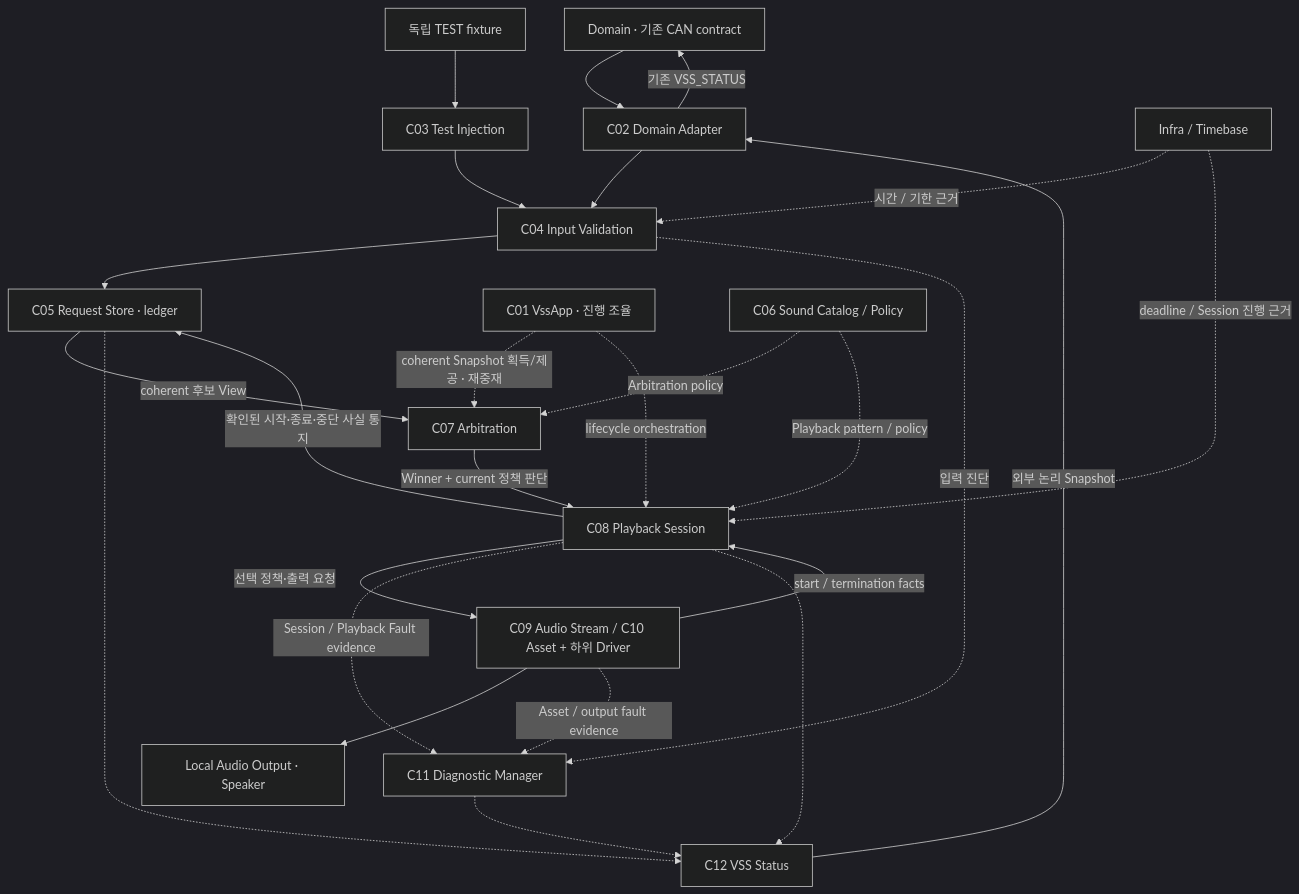
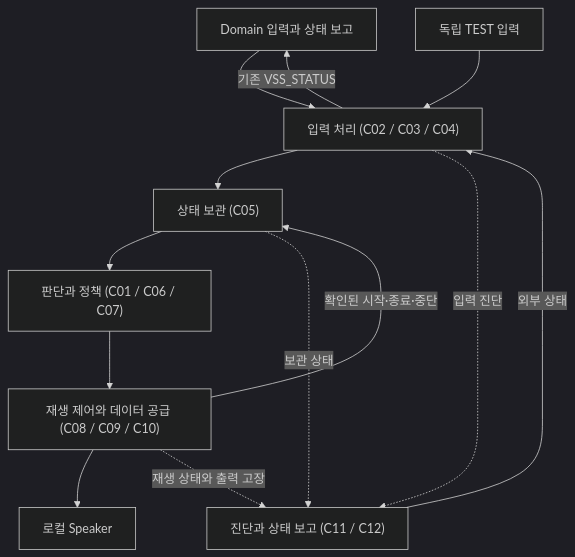
Before and after one commit to vehicle-domain-control-system/integrated-vehicle-control: the first of 7 diagrams in docs/architecture/VSS_sw_architecture.md, drawn with Mermaid (dark theme). The commit also changed other lines of this file and 1 other file, not shown here.

Commit message:
docs(VSS): VSS SW 전체 구조 및 책임 경계 설계

````diff
--- a/docs/architecture/VSS_sw_architecture.md
+++ b/docs/architecture/VSS_sw_architecture.md
@@ -65,28 +42,15 @@
 ```mermaid
 flowchart TD
-    Domain["Domain · 기존 CAN contract"] --> C02["C02 Domain Adapter"]
-    Test["독립 TEST fixture"] --> C03["C03 Test Injection"]
-    C02 --> C04["C04 Input Validation"]
-    C03 --> C04
-    C04 --> C05["C05 Request Store · ledger"]
-    C05 -->|"coherent 후보 View"| C07["C07 Arbitration"]
-    C07 -->|"Winner + current 정책 판단"| C08["C08 Playback Session"]
-    C08 -->|"선택 정책·출력 요청"| Backend["C09 Audio Stream / C10 Asset + 하위 Driver"]
-    Backend --> Speaker["Local Audio Output · Speaker"]
-    Backend -->|"start / termination facts"| C08
-    C08 -->|"확인된 시작·종료·중단 사실 통지"| C05
-    C04 -.->|"입력 진단"| C11["C11 Diagnostic Manager"]
-    C08 -.->|"Session / Playback Fault evidence"| C11
-    Backend -.->|"Asset / output fault evidence"| C11
-    C11 -.-> C12["C12 VSS Status"]
-    C05 -.-> C12
-    C08 -.-> C12
-    C12 -->|"외부 논리 Snapshot"| C02
-    C02 -->|"기존 VSS_STATUS"| Domain
-    C01["C01 VssApp · 진행 조율"] -.->|"coherent Snapshot 획득/제공 · 재중재"| C07
-    C01 -.->|"lifecycle orchestration"| C08
-    C06["C06 Sound Catalog / Policy"] -.->|"Arbitration policy"| C07
-    C06 -.->|"Playback pattern / policy"| C08
-    Infra["Infra / Timebase"] -.->|"시간 / 기한 근거"| C04
-    Infra -.->|"deadline / Session 진행 근거"| C08
+    Domain["Domain 입력과 상태 보고"] --> Input["입력 처리 (C02 / C03 / C04)"]
+    Test["독립 TEST 입력"] --> Input
+    Input --> Store["상태 보관 (C05)"]
+    Store --> Select["판단과 정책 (C01 / C06 / C07)"]
+    Select --> Playback["재생 제어와 데이터 공급 (C08 / C09 / C10)"]
+    Playback --> Speaker["로컬 Speaker"]
+    Playback -->|"확인된 시작·종료·중단"| Store
+    Input -.->|"입력 진단"| Diag["진단과 상태 보고 (C11 / C12)"]
+    Store -.->|"보관 상태"| Diag
+    Playback -.->|"재생 상태와 출력 고장"| Diag
+    Diag -->|"외부 상태"| Input
+    Input -->|"기존 VSS_STATUS"| Domain
 ```
````
